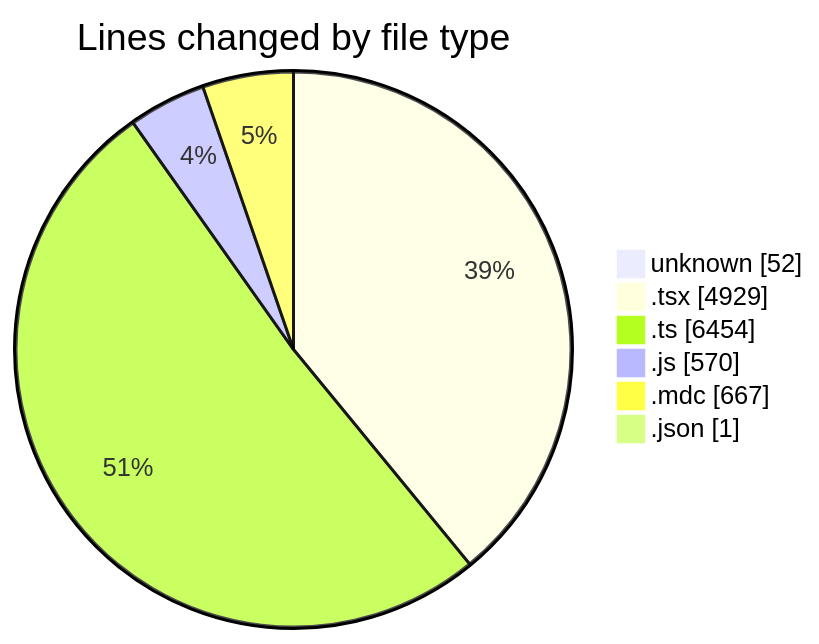
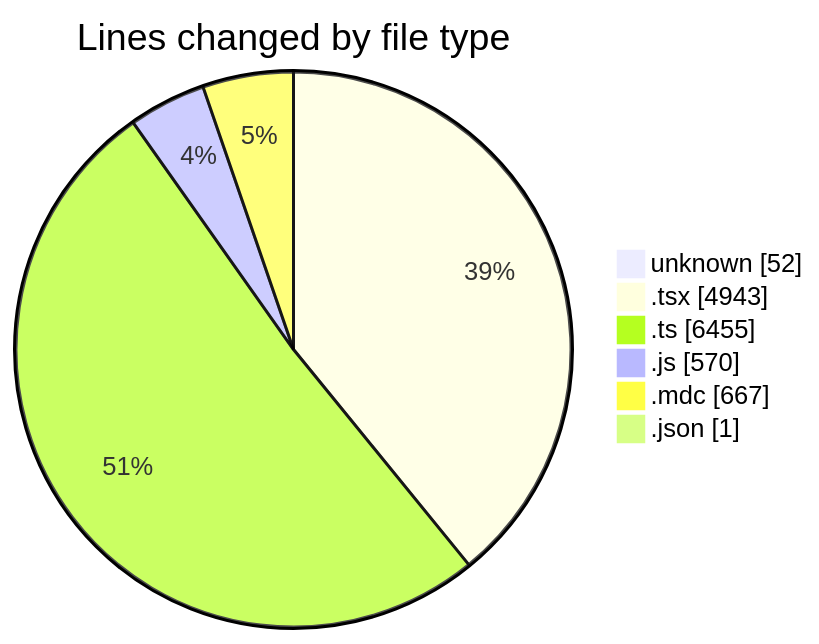
One commit to CELIANVF/code-tracking changed the first of 2 diagrams in 2025-06-02/ecodeli-1/README.md. Above: the diagram before and after it, drawn with Mermaid. The commit also changed other lines of this file and 1 other file, not shown here.

````diff
--- a/2025-06-02/ecodeli-1/README.md
+++ b/2025-06-02/ecodeli-1/README.md
@@ -68,10 +69,10 @@
 ```mermaid
 pie showData
 title Lines changed by file type
 "unknown" : 52
-".tsx" : 4929
-".ts" : 6454
+".tsx" : 4943
+".ts" : 6455
 ".js" : 570
 ".mdc" : 667
 ".json" : 1
 ```
````
